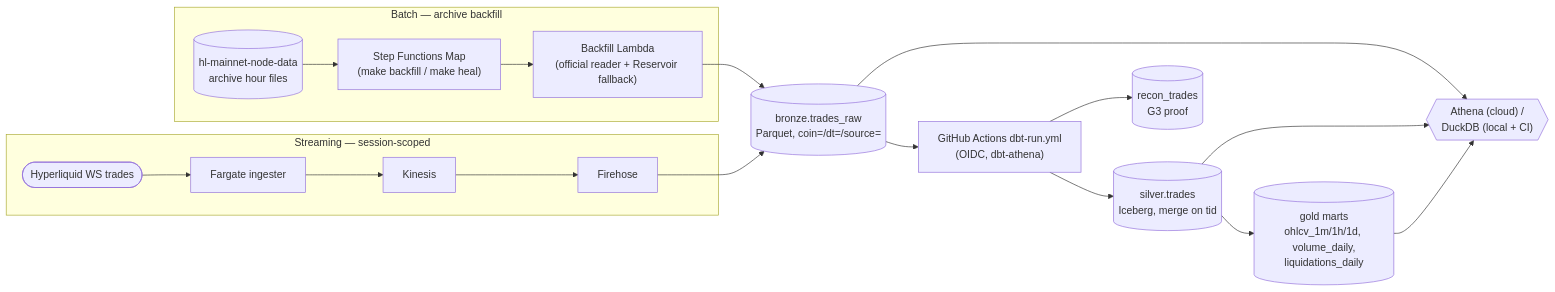
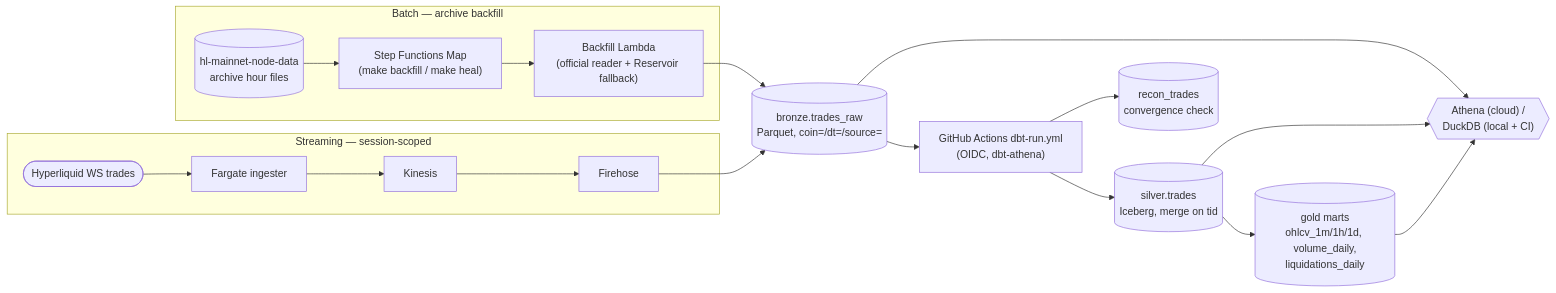
One commit to noahwins-ng/hyperlake changed the diagram in README.md. Above: the diagram before and after it, drawn with Mermaid. The commit also changed other lines of this file and 3 other files, not shown here.

````diff
--- a/README.md
+++ b/README.md
@@ -19,25 +34,25 @@
 ```mermaid
 flowchart LR
     subgraph batch["Batch — archive backfill"]
         ARC[("hl-mainnet-node-data<br/>archive hour files")] --> SFN["Step Functions Map<br/>(make backfill / make heal)"]
         SFN --> LAM["Backfill Lambda<br/>(official reader + Reservoir fallback)"]
     end
 
     subgraph live["Streaming — session-scoped"]
         WS(["Hyperliquid WS trades"]) --> FARGATE["Fargate ingester"]
         FARGATE --> KIN["Kinesis"]
         KIN --> FH["Firehose"]
     end
 
     LAM --> BRONZE[("bronze.trades_raw<br/>Parquet, coin=/dt=/source=")]
     FH --> BRONZE
 
     BRONZE --> DBT["GitHub Actions dbt-run.yml<br/>(OIDC, dbt-athena)"]
     DBT --> SILVER[("silver.trades<br/>Iceberg, merge on tid")]
-    DBT --> RECON[("recon_trades<br/>G3 proof")]
+    DBT --> RECON[("recon_trades<br/>convergence check")]
     SILVER --> GOLD[("gold marts<br/>ohlcv_1m/1h/1d, volume_daily,<br/>liquidations_daily")]
 
     BRONZE --> ATHENA{{"Athena (cloud) /<br/>DuckDB (local + CI)"}}
     SILVER --> ATHENA
     GOLD --> ATHENA
 ```
````
